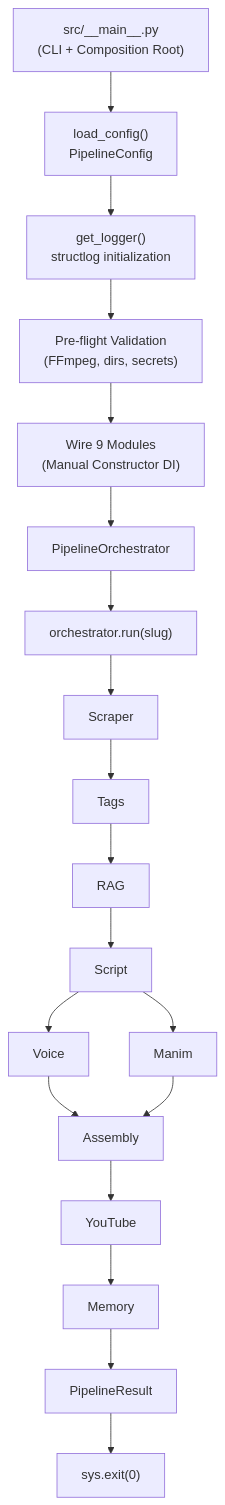
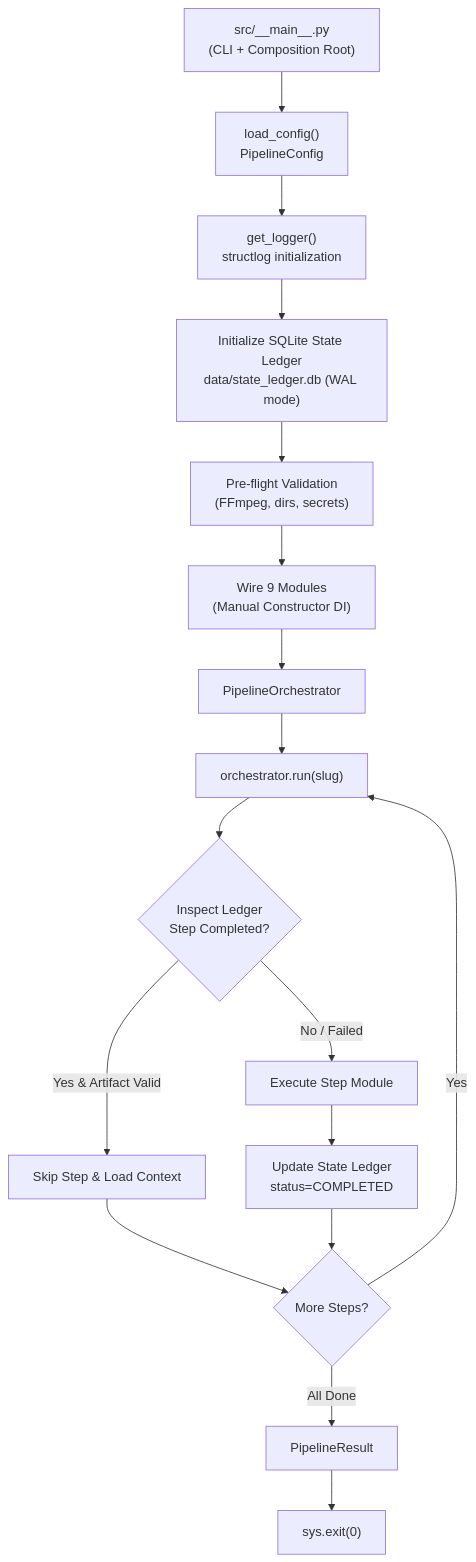
The first of 2 diagrams in PromptBook/Phase04/01_Runtime_Architecture.md (adarshacharya18/youtube-video-rag), drawn with Mermaid before and after one commit. The commit also changed other lines of this file and 64 other files, not shown here.

First line of the commit message:
feat(orchestrator): Implement Phase 04 SQLite State Ledger

````diff
--- a/PromptBook/Phase04/01_Runtime_Architecture.md
+++ b/PromptBook/Phase04/01_Runtime_Architecture.md
@@ -346,23 +650,22 @@
 ```mermaid
 graph TD
     CLI["src/__main__.py<br/>(CLI + Composition Root)"] --> Config["load_config()<br/>PipelineConfig"]
     Config --> Logger["get_logger()<br/>structlog initialization"]
-    Logger --> PreFlight["Pre-flight Validation<br/>(FFmpeg, dirs, secrets)"]
+    Logger --> LedgerInit["Initialize SQLite State Ledger<br/>data/state_ledger.db (WAL mode)"]
+    LedgerInit --> PreFlight["Pre-flight Validation<br/>(FFmpeg, dirs, secrets)"]
     PreFlight --> Wire["Wire 9 Modules<br/>(Manual Constructor DI)"]
     Wire --> Orch["PipelineOrchestrator"]
     Orch --> Run["orchestrator.run(slug)"]
     
-    Run --> Scraper[Scraper]
-    Scraper --> Tags[Tags]
-    Tags --> RAG[RAG]
-    RAG --> Script[Script]
-    Script --> Voice[Voice]
-    Script --> Manim[Manim]
-    Voice --> Assembly[Assembly]
-    Manim --> Assembly
-    Assembly --> YouTube[YouTube]
-    YouTube --> Memory[Memory]
+    Run --> LedgerCheck{"Inspect Ledger<br/>Step Completed?"}
+    LedgerCheck -- Yes & Artifact Valid --> SkipStep["Skip Step & Load Context"]
+    LedgerCheck -- No / Failed --> ExecStep["Execute Step Module"]
     
-    Memory --> Result["PipelineResult"]
+    SkipStep --> NextStep{"More Steps?"}
+    ExecStep --> UpdateLedger["Update State Ledger<br/>status=COMPLETED"]
+    UpdateLedger --> NextStep
+    
+    NextStep -- Yes --> Run
+    NextStep -- All Done --> Result["PipelineResult"]
     Result --> Exit["sys.exit(0)"]
 ```
````
